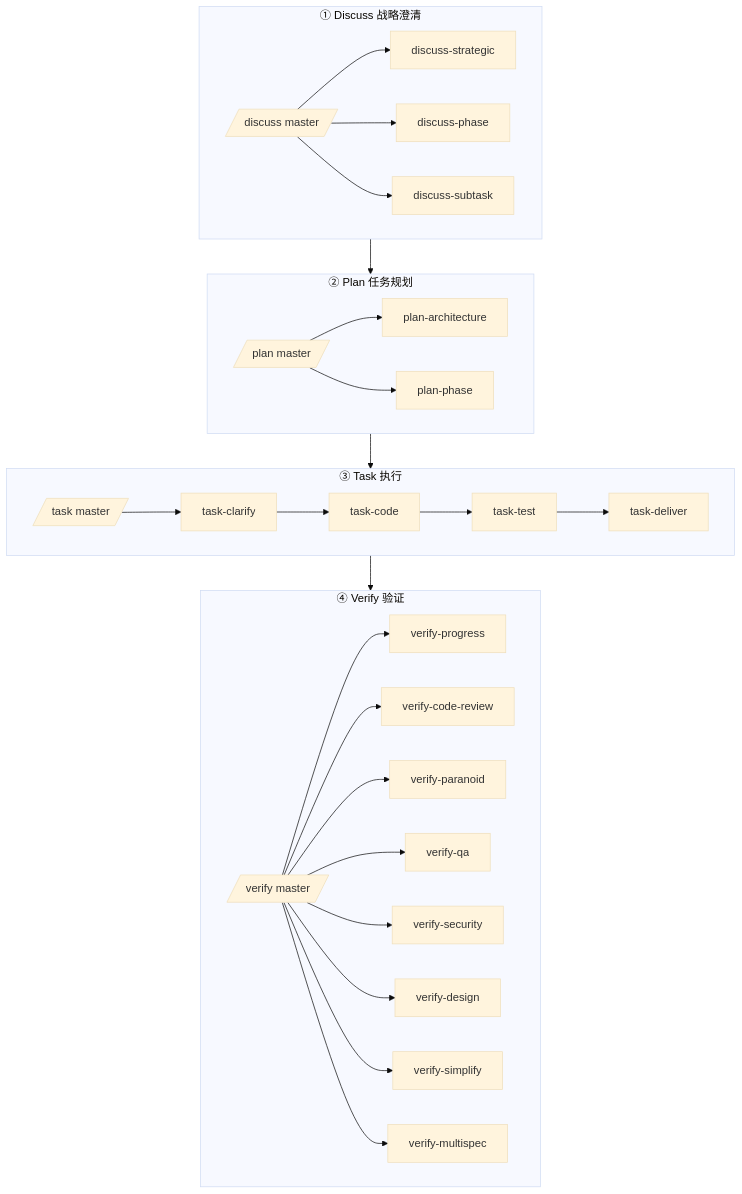
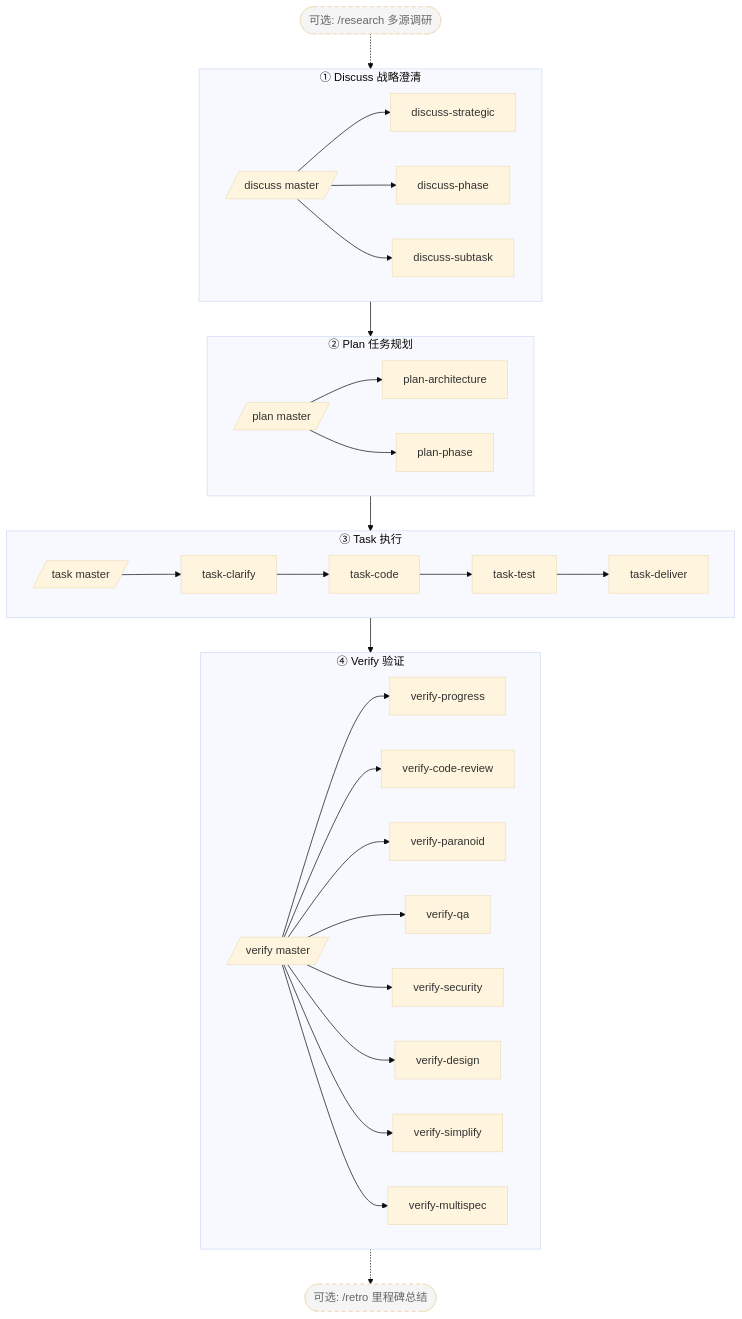
One commit to easyinplay/harnessed changed the diagram in README.md. Above: the diagram before and after it, drawn with Mermaid (base theme). The commit also changed other lines of this file, not shown here.

First line of the commit message:
docs(readme): 5 项终端用户视角微调 — 快速安装上移合并 + Flags 反转默认 + mermaid 加 retro/research 可选阶段 + 删文档导航

````diff
--- a/README.md
+++ b/README.md
@@ -33,37 +41,42 @@
 ```mermaid
 graph TD
+  RS([可选: /research 多源调研]):::optional
   subgraph Discuss[① Discuss 战略澄清]
     DM[/discuss master/]
     DS[discuss-strategic]
     DP[discuss-phase]
     DT[discuss-subtask]
     DM --> DS & DP & DT
   end
   subgraph Plan[② Plan 任务规划]
     PM[/plan master/]
     PA[plan-architecture]
     PP[plan-phase]
     PM --> PA & PP
   end
   subgraph Task[③ Task 执行]
     TM[/task master/]
     TC[task-clarify]
     TCo[task-code]
     TT[task-test]
     TD[task-deliver]
     TM --> TC --> TCo --> TT --> TD
   end
   subgraph Verify[④ Verify 验证]
     VMs[/verify master/]
     VP[verify-progress]
     VC[verify-code-review]
     VPa[verify-paranoid]
     VQ[verify-qa]
     VS[verify-security]
     VD[verify-design]
     VSi[verify-simplify]
     VM[verify-multispec]
     VMs --> VP & VC & VPa & VQ & VS & VD & VSi & VM
   end
+  RT([可选: /retro 里程碑总结]):::optional
+  RS -.-> Discuss
   Discuss --> Plan --> Task --> Verify
+  Verify -.-> RT
+  classDef optional stroke-dasharray:5 5,fill:#f5f5f5,color:#666
 ```
````
